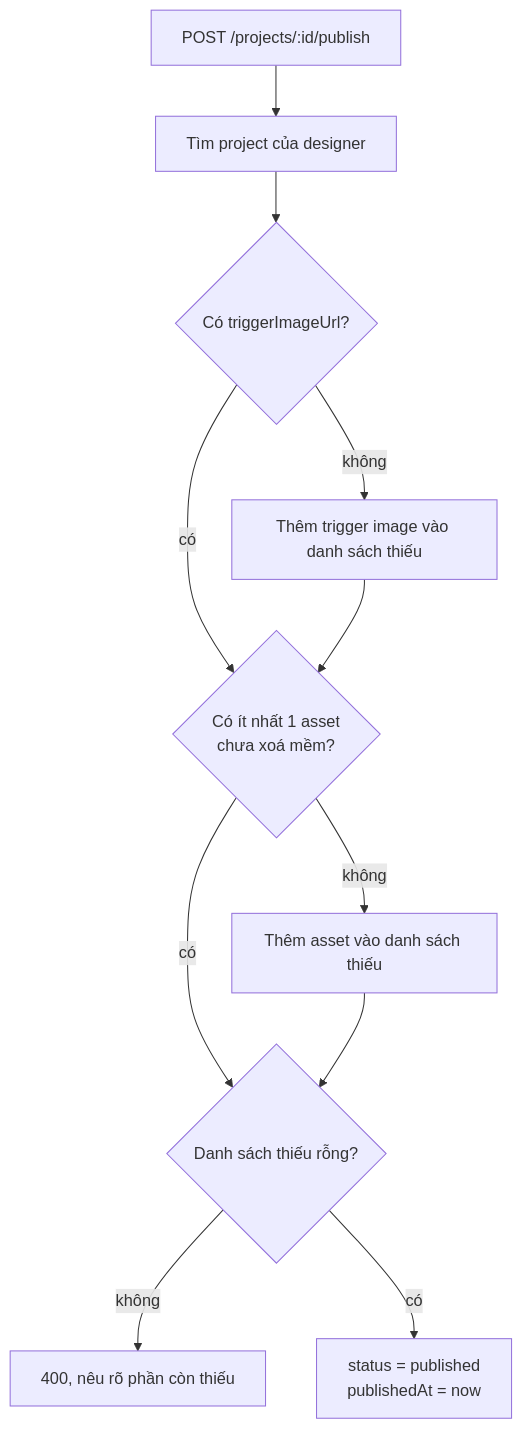
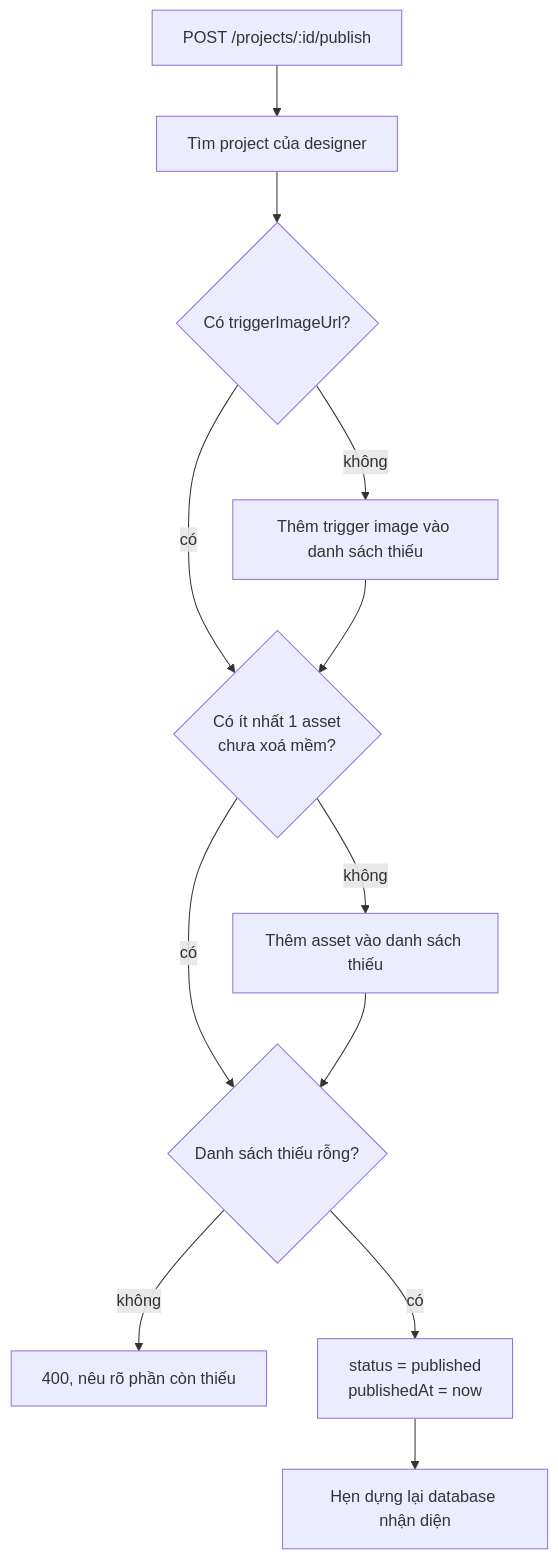
The second of 2 diagrams in wiki/Publish-Flow.md (HaoKiet10/Augmented-Reality), drawn with Mermaid before and after one commit. The commit also changed other lines of this file and 11 other files, not shown here.

````diff
--- a/wiki/Publish-Flow.md
+++ b/wiki/Publish-Flow.md
@@ -21,13 +21,14 @@
 ```mermaid
 flowchart TD
     A["POST /projects/:id/publish"] --> B["Tìm project của designer"]
     B --> C{"Có triggerImageUrl?"}
     C -- "không" --> M["Thêm trigger image vào danh sách thiếu"]
     C -- "có" --> D{"Có ít nhất 1 asset<br/>chưa xoá mềm?"}
     M --> D
     D -- "không" --> M2["Thêm asset vào danh sách thiếu"]
     D -- "có" --> E{"Danh sách thiếu rỗng?"}
     M2 --> E
     E -- "không" --> X["400, nêu rõ phần còn thiếu"]
     E -- "có" --> OK["status = published<br/>publishedAt = now"]
+    OK --> R["Hẹn dựng lại database nhận diện"]
 ```
````
